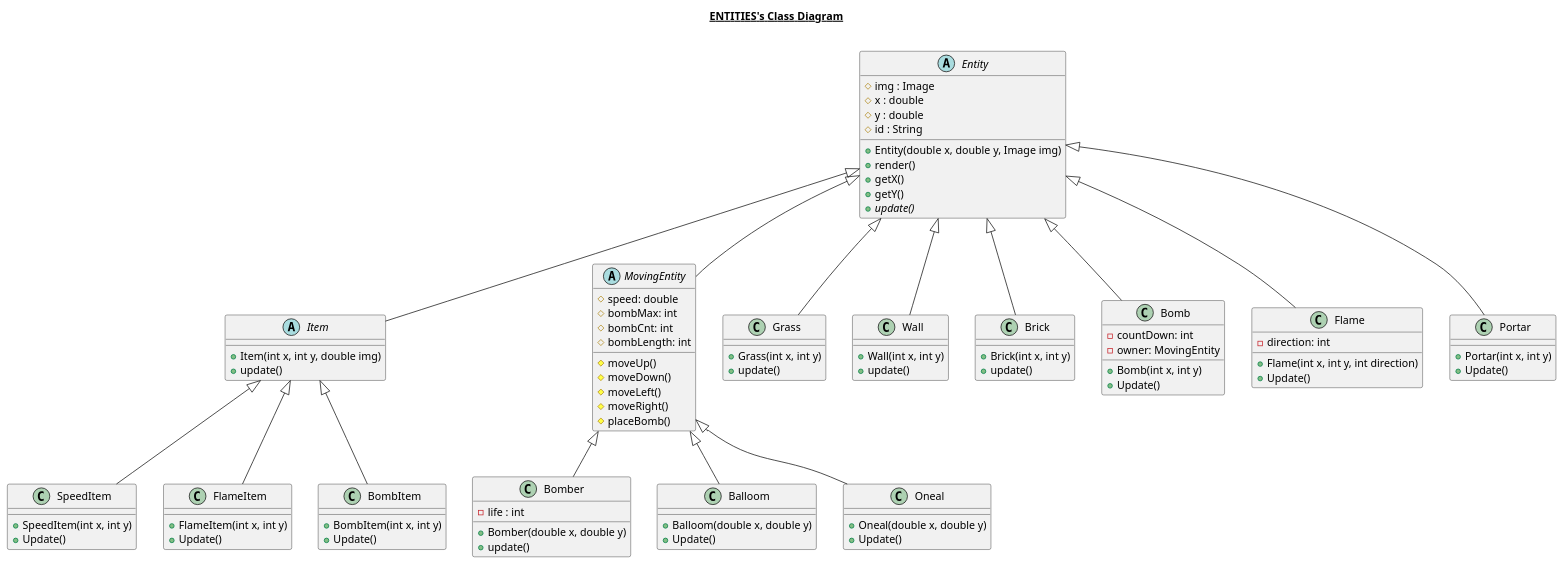
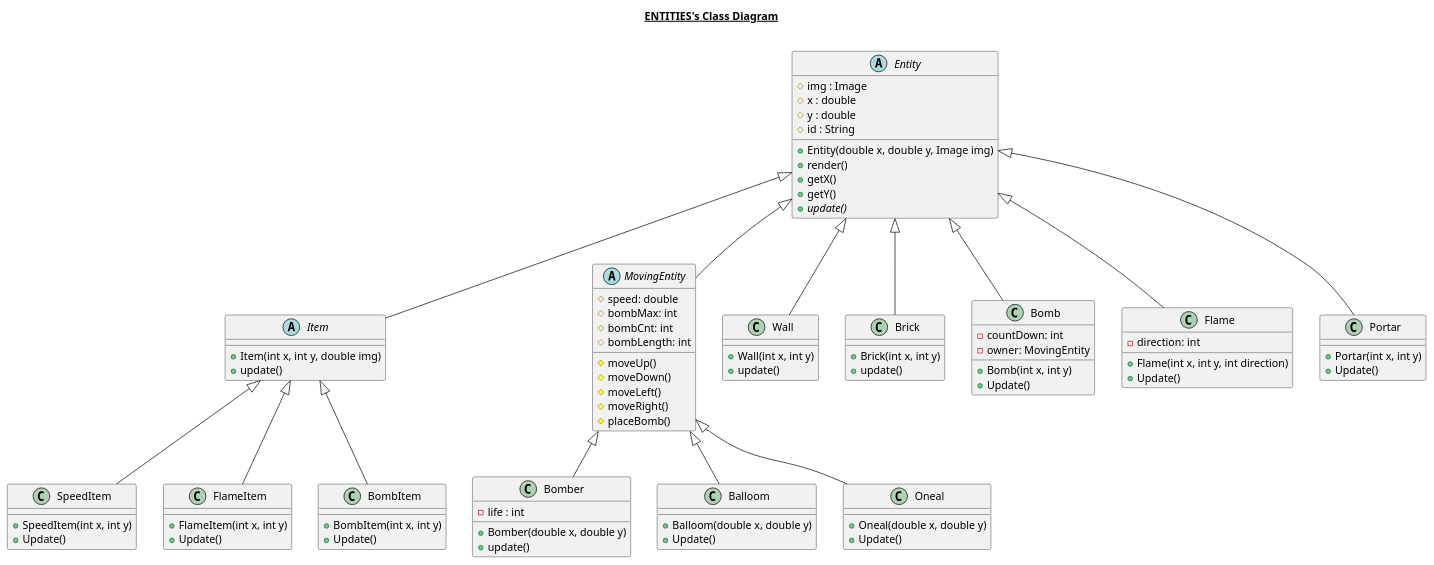
One commit to LittleCuteBug/BomberMan changed the diagram in src/uet/oop/bomberman/entities/entities.plantuml. Above: the diagram before and after it, drawn with PlantUML. The commit also changed 3 other files, not shown here.

```diff
--- a/src/uet/oop/bomberman/entities/entities.plantuml
+++ b/src/uet/oop/bomberman/entities/entities.plantuml
@@ -1,111 +1,105 @@
 @startuml
 
 title __ENTITIES's Class Diagram__\n
     abstract class Entity {
         # img : Image
         # x : double
         # y : double
         # id : String
         + Entity(double x, double y, Image img)
         + render()
         + getX()
         + getY()
         {abstract} + update()
-    }
-
-    Grass -up-|> Entity
-    class Grass {
-        + Grass(int x, int y)
-        + update()
     }
 
     Wall -up-|> Entity
     class Wall {
         + Wall(int x, int y)
         + update()
     }
 
     Brick -up-|> Entity
     class Brick {
         + Brick(int x, int y)
         + update()
     }
 
     MovingEntity -up-|> Entity
     abstract class MovingEntity {
         # speed: double
         # bombMax: int
         # bombCnt: int
         # bombLength: int
 
         # moveUp()
         # moveDown()
         # moveLeft()
         # moveRight()
         # placeBomb()
     }
 
     Bomber -up-|> MovingEntity
     class Bomber {
         - life : int
         + Bomber(double x, double y)
         + update()
     }
 
     Balloom -up-|> MovingEntity
     class Balloom {
         + Balloom(double x, double y)
         + Update()
     }
 
     Oneal -up-|> MovingEntity
     class Oneal {
         + Oneal(double x, double y)
         + Update()
     }
 
     Item -up-|> Entity
     abstract class Item {
         + Item(int x, int y, double img)
         + update()
     }
 
     SpeedItem -up-|> Item
     class SpeedItem {
         + SpeedItem(int x, int y)
         + Update()
     }
 
     FlameItem -up-|> Item
     class FlameItem {
         + FlameItem(int x, int y)
         + Update()
     }
 
     BombItem -up-|> Item
     class BombItem {
         + BombItem(int x, int y)
         + Update()
     }
 
     Bomb -up-|> Entity
     class Bomb {
         - countDown: int
         - owner: MovingEntity
         + Bomb(int x, int y)
         + Update()
     }
 
     Flame -up-|> Entity
     class Flame {
         - direction: int
         + Flame(int x, int y, int direction)
         + Update()
     }
 
     Portar -up-|> Entity
     class Portar {
         + Portar(int x, int y)
         + Update()
     }
 @enduml
```
